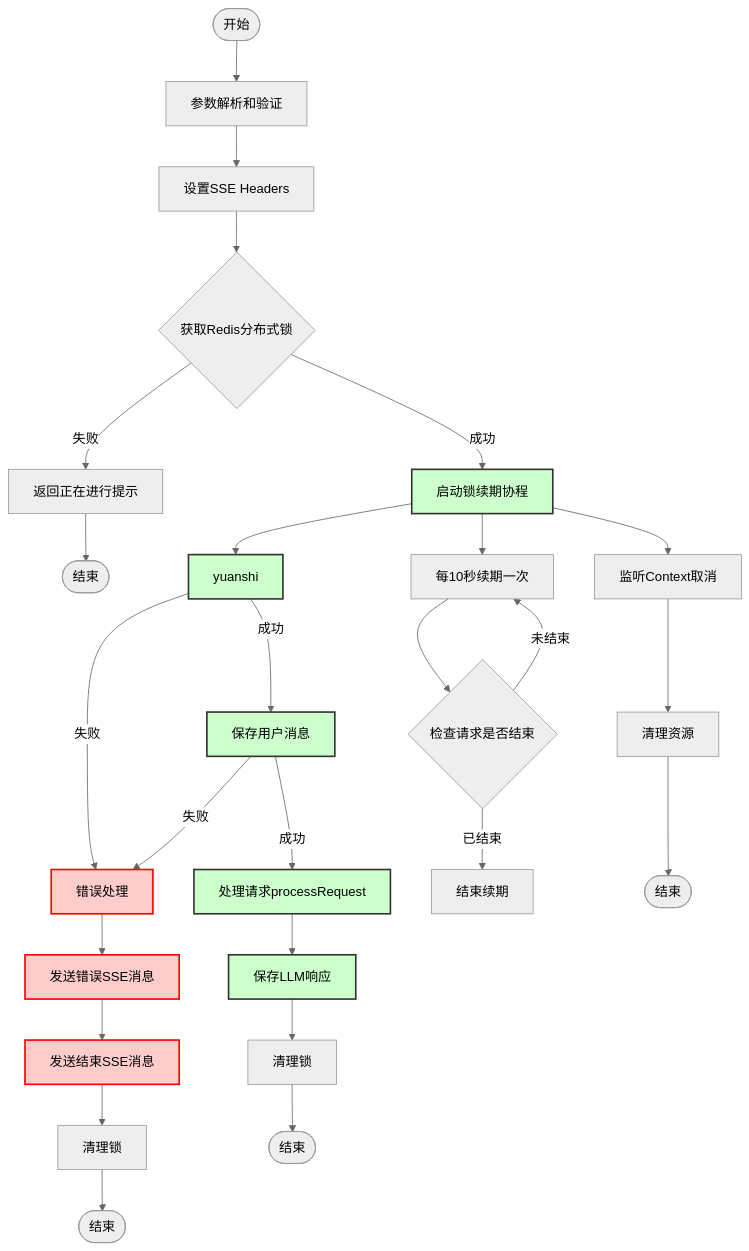
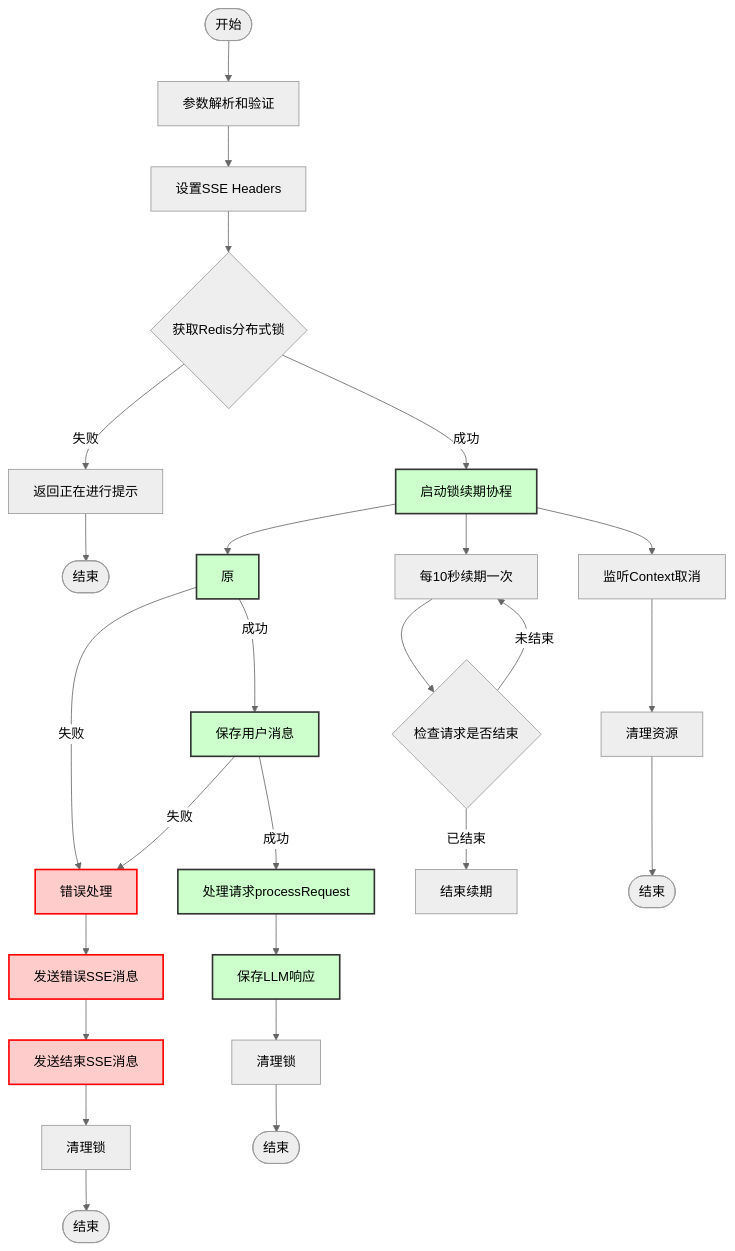
One commit to yingjianzh/iodraw-files changed the diagram in all/未命名-15.md. Above: the diagram before and after it, drawn with Mermaid (neutral theme).

Commit message:
2025-01-02 17:41:34 update

````diff
--- a/all/未命名-15.md
+++ b/all/未命名-15.md
@@ -1,46 +1,46 @@
 ```mermaid
 flowchart TD
     Start([开始]) --> A[参数解析和验证]
     A --> B[设置SSE Headers]
     B --> C{获取Redis分布式锁}
     
     C -->|失败| D[返回正在进行提示]
     D --> End1([结束])
     
     C -->|成功| E[启动锁续期协程]
-    E --> F[yuanshi ]
+    E --> F[原]
     
     F -->|失败| G[错误处理]
     F -->|成功| H[保存用户消息]
     
     H -->|失败| G[错误处理]
     H -->|成功| I[处理请求processRequest]
     
     I --> J[保存LLM响应]
     
     %% 错误处理流程
     G --> K[发送错误SSE消息]
     K --> L[发送结束SSE消息]
     L --> M[清理锁]
     M --> End2([结束])
     
     %% 正常结束流程
     J --> N[清理锁]
     N --> End3([结束])
     
     %% 锁续期协程
     E --> O[每10秒续期一次]
     O --> P{检查请求是否结束}
     P -->|未结束| O
     P -->|已结束| Q[结束续期]
     
     %% Context取消监听
     E --> R[监听Context取消]
     R --> S[清理资源]
     S --> End4([结束])
     
     classDef error fill:#ffcccc,stroke:#ff0000,stroke-width:2px
     classDef normal fill:#ccffcc,stroke:#333,stroke-width:2px
     class G,K,L error
     class E,F,H,I,J normal
 ```
````
